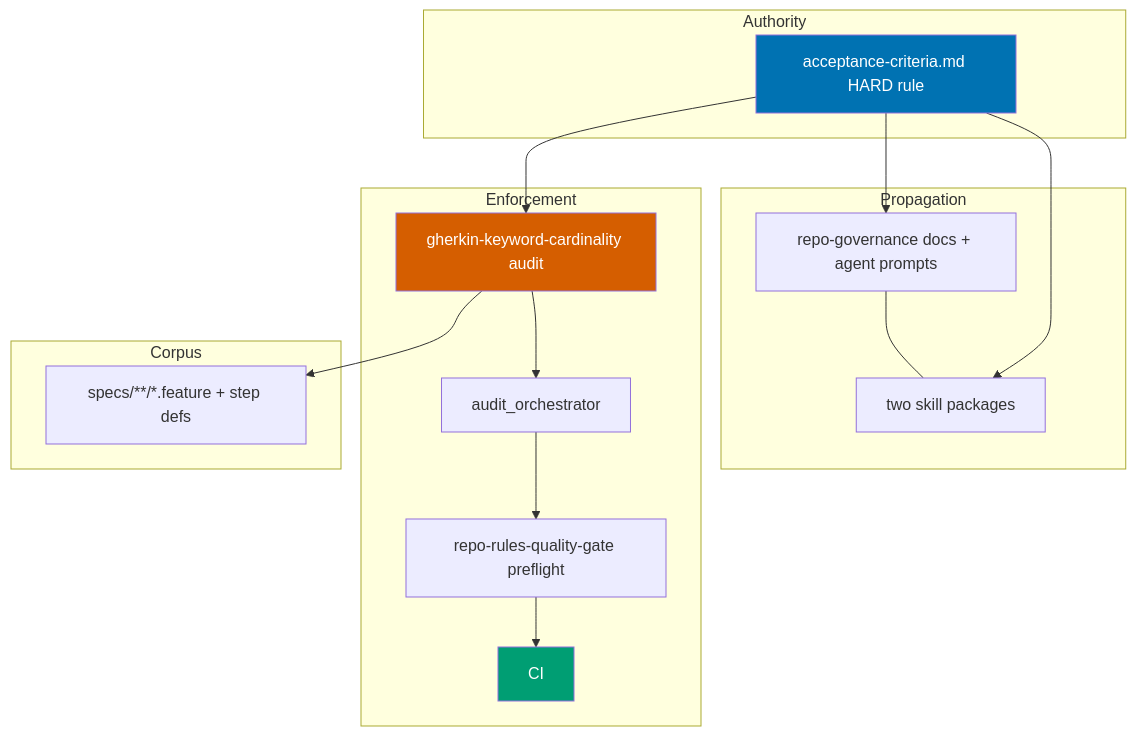
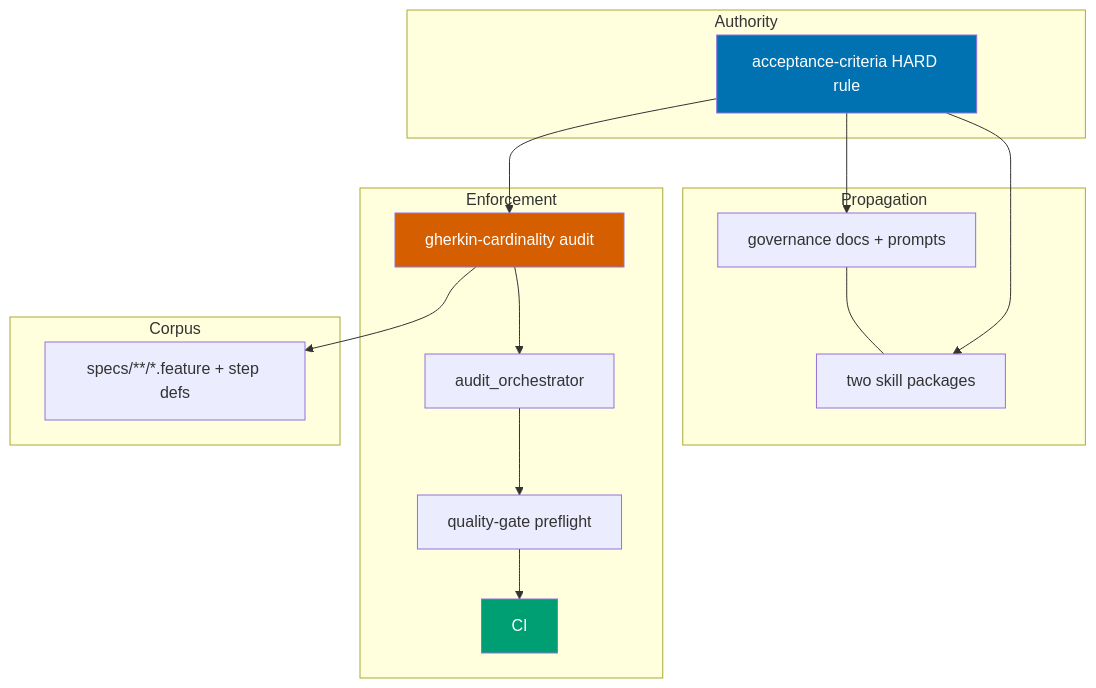
The diagram in plans/in-progress/gherkin-step-keyword-cardinality/tech-docs.md (wahidyankf/baseerah), drawn with Mermaid before and after one commit. The commit also changed 4 other files, not shown here.

````diff
--- a/plans/in-progress/gherkin-step-keyword-cardinality/tech-docs.md
+++ b/plans/in-progress/gherkin-step-keyword-cardinality/tech-docs.md
@@ -9,25 +9,25 @@
 ```mermaid
 flowchart TB
   subgraph Authority
-    AC[acceptance-criteria.md HARD rule]
+    AC[acceptance-criteria HARD rule]
   end
   subgraph Propagation
-    SWEEP[repo-governance docs + agent prompts] --- SKILLS[two skill packages]
+    SWEEP[governance docs + prompts] --- SKILLS[two skill packages]
   end
   subgraph Enforcement
-    LINT[gherkin-keyword-cardinality audit] --> ORCH[audit_orchestrator]
-    ORCH --> PRE[repo-rules-quality-gate preflight]
+    LINT[gherkin-cardinality audit] --> ORCH[audit_orchestrator]
+    ORCH --> PRE[quality-gate preflight]
     PRE --> CI[CI]
   end
   subgraph Corpus
     SPECS[specs/**/*.feature + step defs]
   end
   AC --> SWEEP
   AC --> SKILLS
   AC --> LINT
   LINT --> SPECS
 
   style AC fill:#0072B2,color:#ffffff
   style LINT fill:#D55E00,color:#ffffff
   style CI fill:#009E73,color:#ffffff
 ```
````
